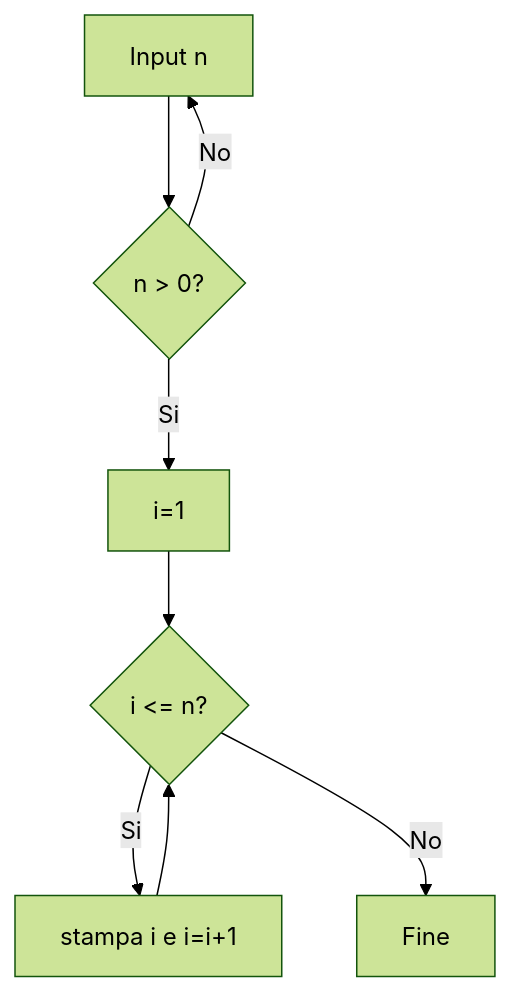
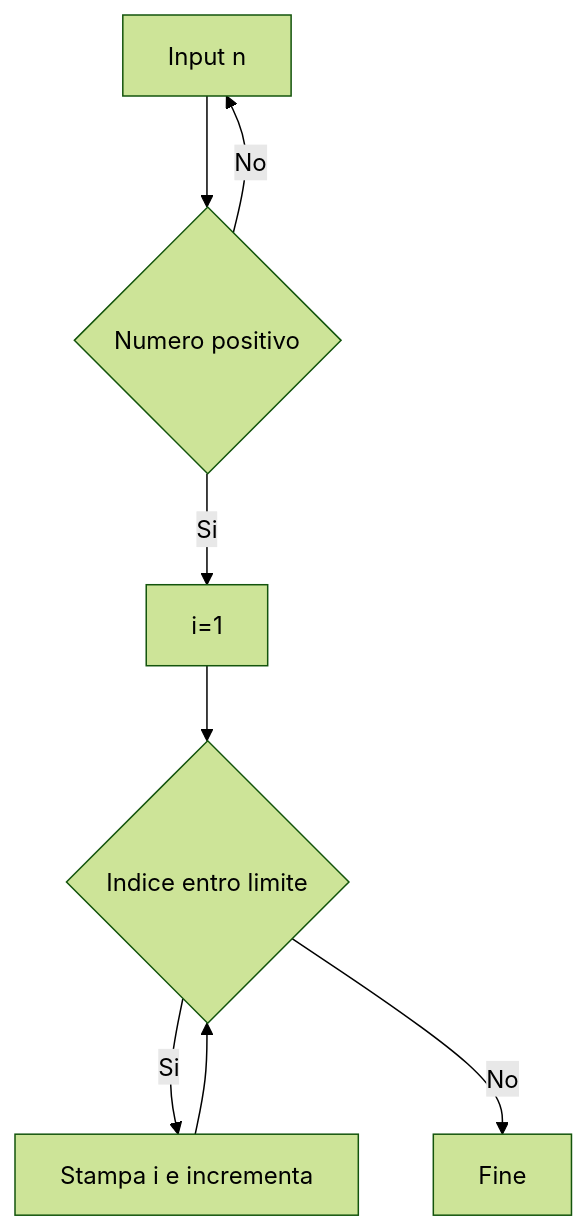
Before and after one commit to lucadagati/Lab_Fondamenti_di_Informatica_25_26: the sixth of 20 diagrams in 04-python-jupyter-analisi-biomedica/README.md, drawn with Mermaid (forest theme). The commit also changed other lines of this file, not shown here.

First line of the commit message:
Fix Mermaid labels for GitHub parser compatibility

````diff
--- a/04-python-jupyter-analisi-biomedica/README.md
+++ b/04-python-jupyter-analisi-biomedica/README.md
@@ -138,10 +138,10 @@
 ```mermaid
 flowchart TD
-    A[Input n] --> B{n > 0?}
+    A[Input n] --> B{Numero positivo}
     B -- No --> A
     B -- Si --> C[i=1]
-    C --> D{i <= n?}
-    D -- Si --> E[stampa i e i=i+1]
+    C --> D{Indice entro limite}
+    D -- Si --> E[Stampa i e incrementa]
     E --> D
     D -- No --> F[Fine]
 ```
````
